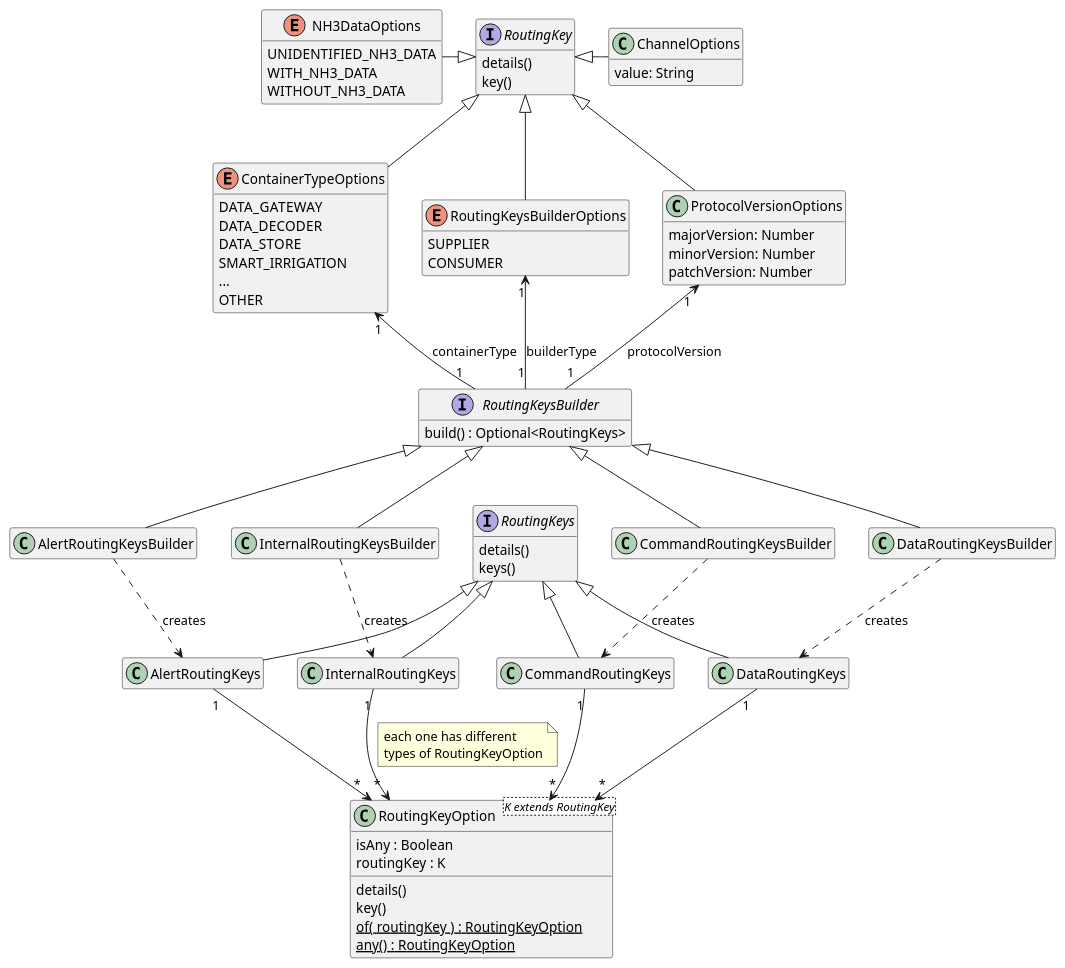
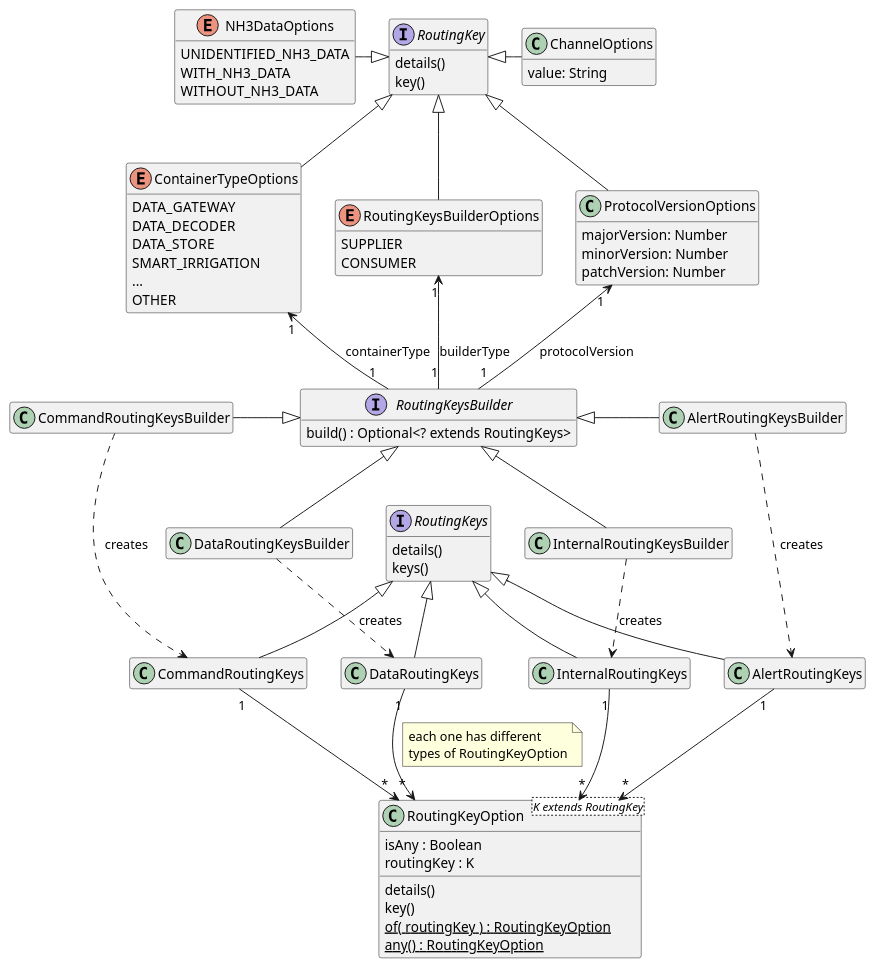
The diagram in assets/diagrams/design/domain/routing-model.pu (FilipeMCruz/dissertation), drawn with PlantUML before and after one commit. The commit also changed 5 other files, not shown here.

Commit message:
Fixed more diagrams

```diff
--- a/assets/diagrams/design/domain/routing-model.pu
+++ b/assets/diagrams/design/domain/routing-model.pu
@@ -1,121 +1,121 @@
 @startuml routing-model
 
 hide empty members
 
-interface "RoutingKey" as RoutingKey2 {
+interface RoutingKey {
     details()
     key()
 }
 
 interface RoutingKeys {
     details()
     keys()
 }
 
 class AlertRoutingKeys {
 
 }
 
 class InternalRoutingKeys {
 
 }
 
 class CommandRoutingKeys {
 
 }
 
 class DataRoutingKeys {
 
 }
 
 class ChannelOptions {
     value: String
 }
 
 enum NH3DataOptions {
     UNIDENTIFIED_NH3_DATA
     WITH_NH3_DATA
     WITHOUT_NH3_DATA
 }
 
 enum ContainerTypeOptions {
     DATA_GATEWAY
     DATA_DECODER
     DATA_STORE
     SMART_IRRIGATION
     ...
     OTHER
 }
 
 enum RoutingKeysBuilderOptions {
     SUPPLIER
     CONSUMER
 }
 
 class ProtocolVersionOptions {
     majorVersion: Number
     minorVersion: Number
     patchVersion: Number
 }
 
 interface RoutingKeysBuilder {
-    build() : Optional<RoutingKeys>
+    build() : Optional<? extends RoutingKeys>
 }
 
 class AlertRoutingKeysBuilder {
 }
 
 class InternalRoutingKeysBuilder {
 }
 
 class CommandRoutingKeysBuilder {
 }
 
 class DataRoutingKeysBuilder {
 }
 
 class RoutingKeyOption<K extends RoutingKey> {
     isAny : Boolean
     routingKey : K
     details()
     key()
     {static} of( routingKey ) : RoutingKeyOption
     {static} any() : RoutingKeyOption
 }
 
 RoutingKeys <|-- AlertRoutingKeys
 RoutingKeys <|-- InternalRoutingKeys
 RoutingKeys <|-- CommandRoutingKeys
 RoutingKeys <|-- DataRoutingKeys
 
-RoutingKeysBuilder <|-- AlertRoutingKeysBuilder
+RoutingKeysBuilder <|- AlertRoutingKeysBuilder
 RoutingKeysBuilder <|-- InternalRoutingKeysBuilder
 RoutingKeysBuilder <|-- DataRoutingKeysBuilder
-RoutingKeysBuilder <|-- CommandRoutingKeysBuilder
+CommandRoutingKeysBuilder -|> RoutingKeysBuilder
 
 AlertRoutingKeys "1" --> "*" RoutingKeyOption
 
 InternalRoutingKeys "1" --> "*" RoutingKeyOption
-note on link: each one has different\ntypes of RoutingKeyOption
 
 CommandRoutingKeys "1" --> "*" RoutingKeyOption
 DataRoutingKeys "1" --> "*" RoutingKeyOption
+note on link: each one has different\ntypes of RoutingKeyOption
 
 DataRoutingKeysBuilder ..> DataRoutingKeys: creates
-AlertRoutingKeysBuilder ..> AlertRoutingKeys: creates
+AlertRoutingKeysBuilder ...> AlertRoutingKeys: creates
 InternalRoutingKeysBuilder ..> InternalRoutingKeys: creates
-CommandRoutingKeysBuilder ..> CommandRoutingKeys: creates
+CommandRoutingKeysBuilder ...> CommandRoutingKeys: creates
 
 ProtocolVersionOptions "1" <-- "1" RoutingKeysBuilder: protocolVersion
 ContainerTypeOptions "1" <-- "1" RoutingKeysBuilder: containerType
 RoutingKeysBuilderOptions "1" <-- "1" RoutingKeysBuilder: builderType
 
-RoutingKey2 <|-- RoutingKeysBuilderOptions
-RoutingKey2 <|-- ContainerTypeOptions
-RoutingKey2 <|-- ProtocolVersionOptions
-RoutingKey2 <|- ChannelOptions
-NH3DataOptions -|> RoutingKey2
+RoutingKey <|-- RoutingKeysBuilderOptions
+RoutingKey <|-- ContainerTypeOptions
+RoutingKey <|-- ProtocolVersionOptions
+RoutingKey <|- ChannelOptions
+NH3DataOptions -|> RoutingKey
 
 RoutingKeysBuilder -[hidden] RoutingKeys
 
 @enduml
```
